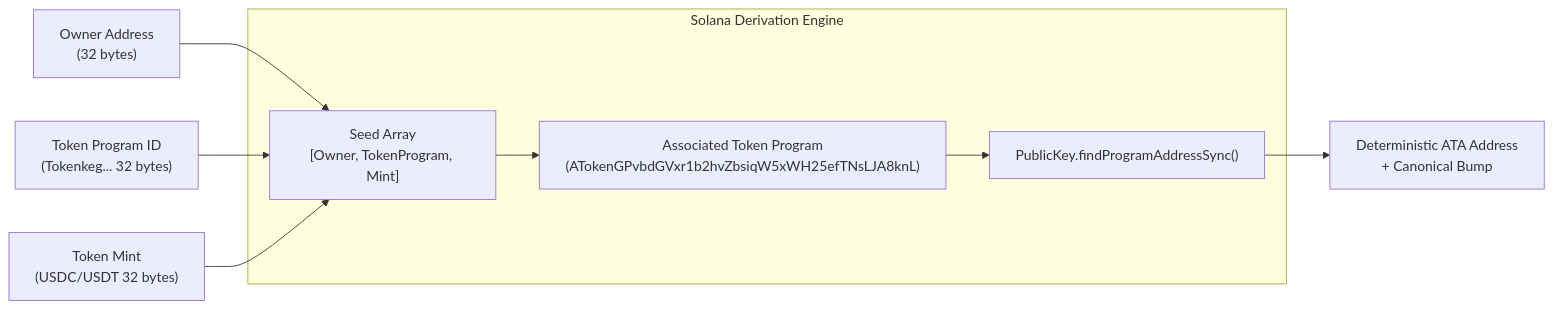
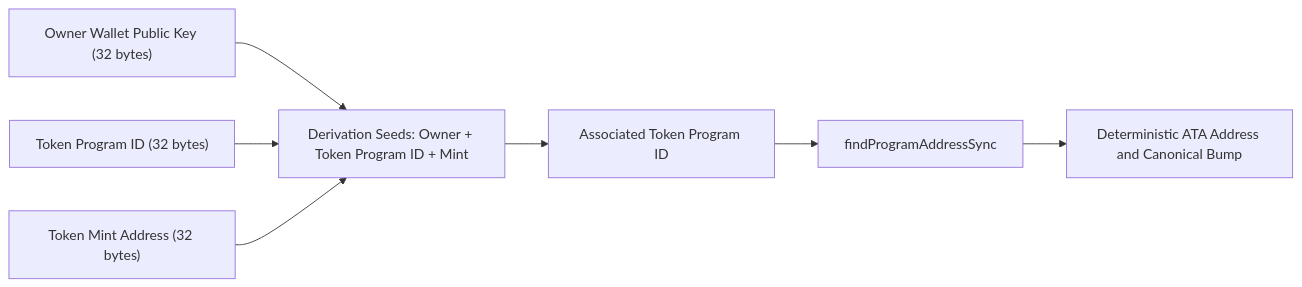
The third of 4 diagrams in README.md (Amitaarav/solana-address-book), drawn with Mermaid before and after one commit. The commit also changed other lines of this file, not shown here.

````diff
--- a/README.md
+++ b/README.md
@@ -52,13 +88,10 @@
 ```mermaid
 flowchart LR
-    Owner["Owner Address<br/>(32 bytes)"] --> Seeds
-    TokenProg["Token Program ID<br/>(Tokenkeg... 32 bytes)"] --> Seeds
-    Mint["Token Mint<br/>(USDC/USDT 32 bytes)"] --> Seeds
+    Owner["Owner Wallet Public Key (32 bytes)"] --> Seeds["Derivation Seeds: Owner + Token Program ID + Mint"]
+    TokenProg["Token Program ID (32 bytes)"] --> Seeds
+    Mint["Token Mint Address (32 bytes)"] --> Seeds
 
-    subgraph Derivation ["Solana Derivation Engine"]
-        Seeds["Seed Array<br/>[Owner, TokenProgram, Mint]"] --> Program["Associated Token Program<br/>(ATokenGPvbdGVxr1b2hvZbsiqW5xWH25efTNsLJA8knL)"]
-        Program --> FindPDA["PublicKey.findProgramAddressSync()"]
-    end
-
-    FindPDA --> Result["Deterministic ATA Address<br/>+ Canonical Bump"]
+    Seeds --> Program["Associated Token Program ID"]
+    Program --> FindPDA["findProgramAddressSync"]
+    FindPDA --> Result["Deterministic ATA Address and Canonical Bump"]
 ```
````
